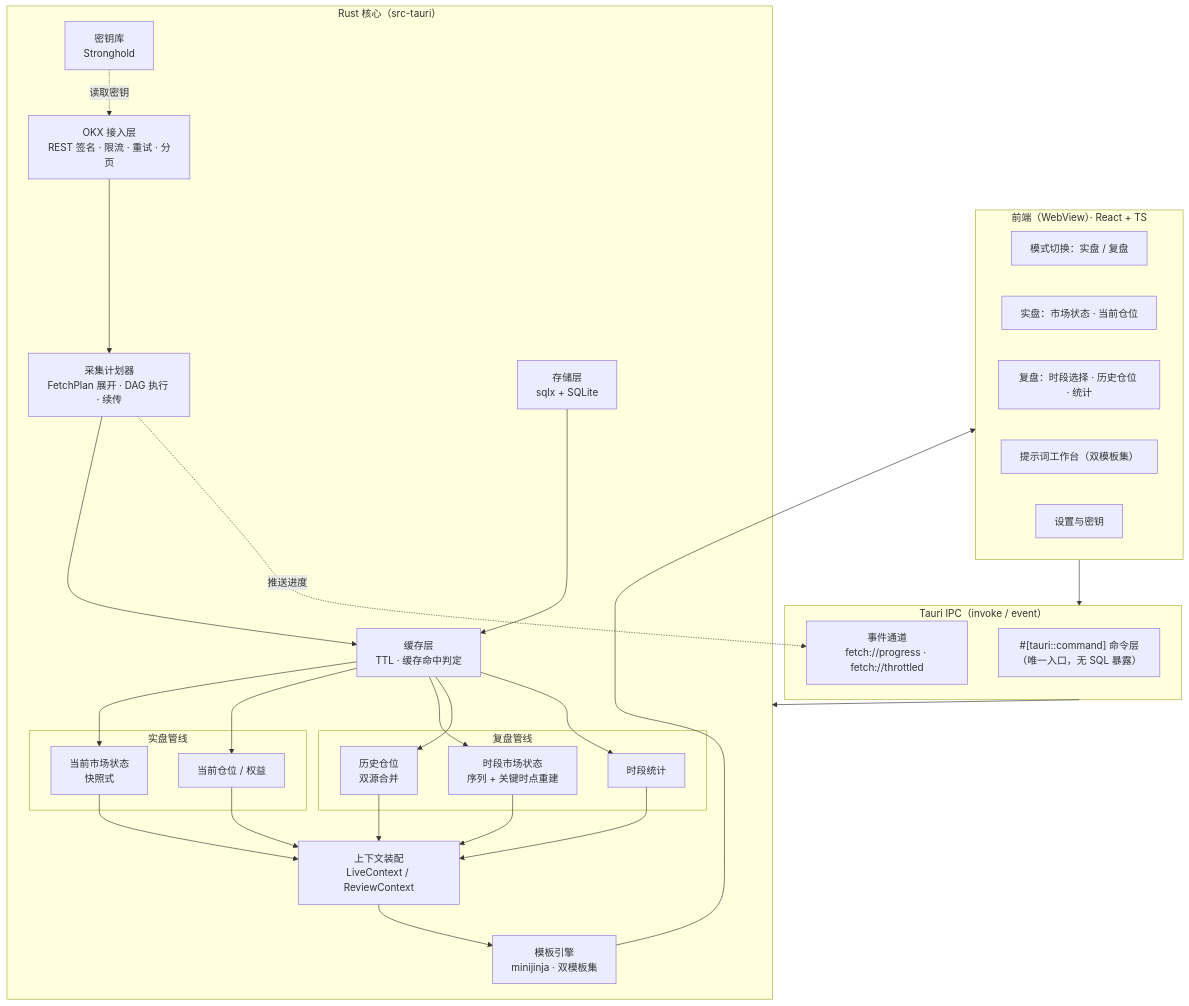
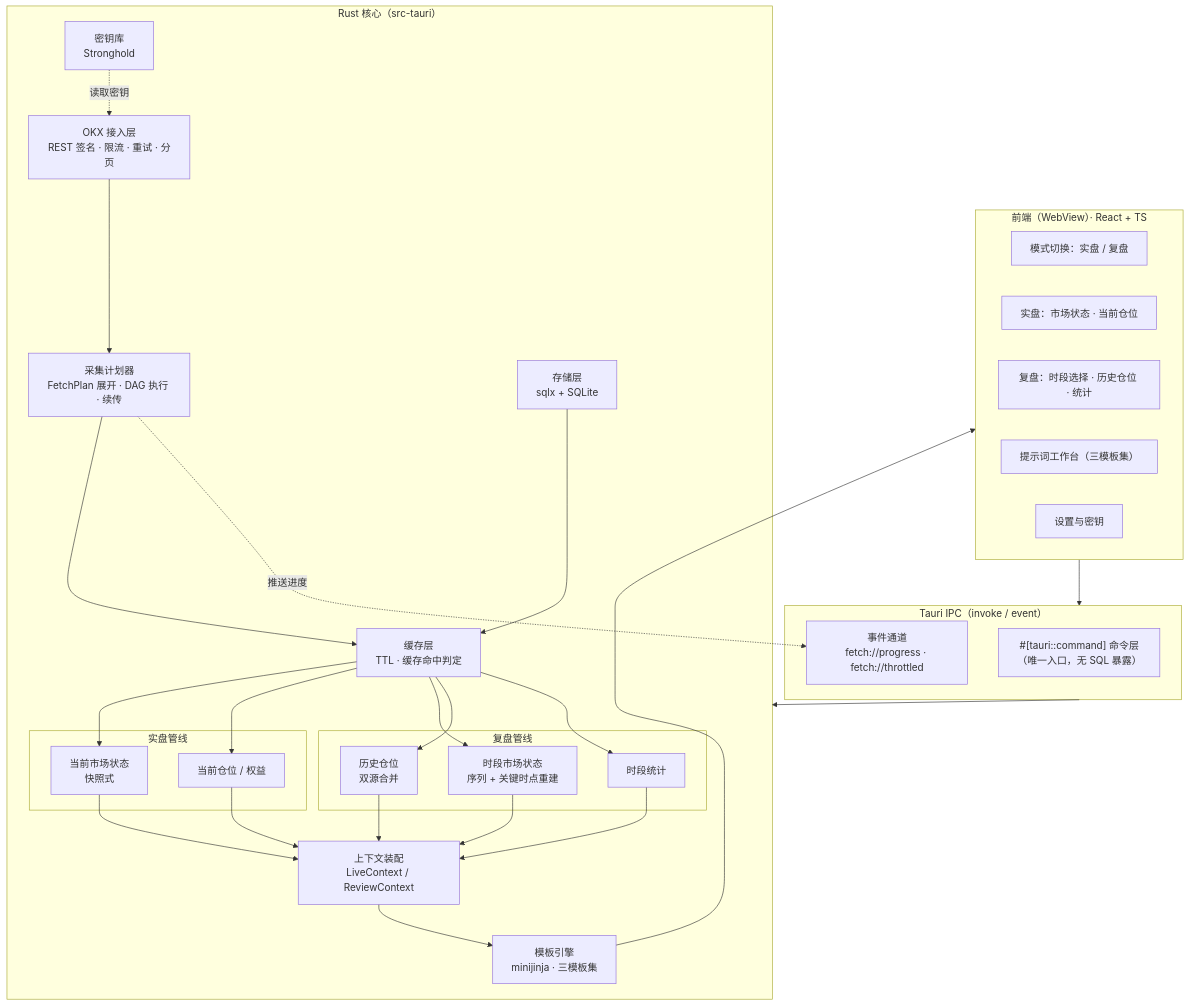
Before and after one commit to alice-yinian/marketlens: the first of 4 diagrams in docs/DESIGN.md, drawn with Mermaid. The commit also changed other lines of this file and 34 other files, not shown here.

````diff
--- a/docs/DESIGN.md
+++ b/docs/DESIGN.md
@@ -90,47 +90,47 @@
 ```mermaid
 flowchart TB
     subgraph UI["前端（WebView）· React + TS"]
         M0["模式切换：实盘 / 复盘"]
         L1["实盘：市场状态 · 当前仓位"]
         R1["复盘：时段选择 · 历史仓位 · 统计"]
-        P1["提示词工作台（双模板集）"]
+        P1["提示词工作台（三模板集）"]
         S1["设置与密钥"]
     end
 
     subgraph IPC["Tauri IPC（invoke / event）"]
         CMD["#[tauri::command] 命令层<br/>（唯一入口，无 SQL 暴露）"]
         EVT["事件通道<br/>fetch://progress · fetch://throttled"]
     end
 
     subgraph CORE["Rust 核心（src-tauri）"]
         OKX["OKX 接入层<br/>REST 签名 · 限流 · 重试 · 分页"]
         PLAN["采集计划器<br/>FetchPlan 展开 · DAG 执行 · 续传"]
         CACHE["缓存层<br/>TTL · 缓存命中判定"]
 
         subgraph LIVE["实盘管线"]
             LM["当前市场状态<br/>快照式"]
             LP["当前仓位 / 权益"]
         end
 
         subgraph REV["复盘管线"]
             RM["时段市场状态<br/>序列 + 关键时点重建"]
             RP["历史仓位<br/>双源合并"]
             RS["时段统计"]
         end
 
-        TPL["模板引擎<br/>minijinja · 双模板集"]
+        TPL["模板引擎<br/>minijinja · 三模板集"]
         CTX["上下文装配<br/>LiveContext / ReviewContext"]
         VAULT["密钥库<br/>Stronghold"]
         DB["存储层<br/>sqlx + SQLite"]
     end
 
     UI --> IPC --> CORE
     OKX --> PLAN --> CACHE
     CACHE --> LM & LP & RM & RP & RS
     LM & LP --> CTX
     RM & RP & RS --> CTX
     VAULT -.读取密钥.-> OKX
     CTX --> TPL --> UI
     DB --> CACHE
     PLAN -.推送进度.-> EVT
 ```
````
